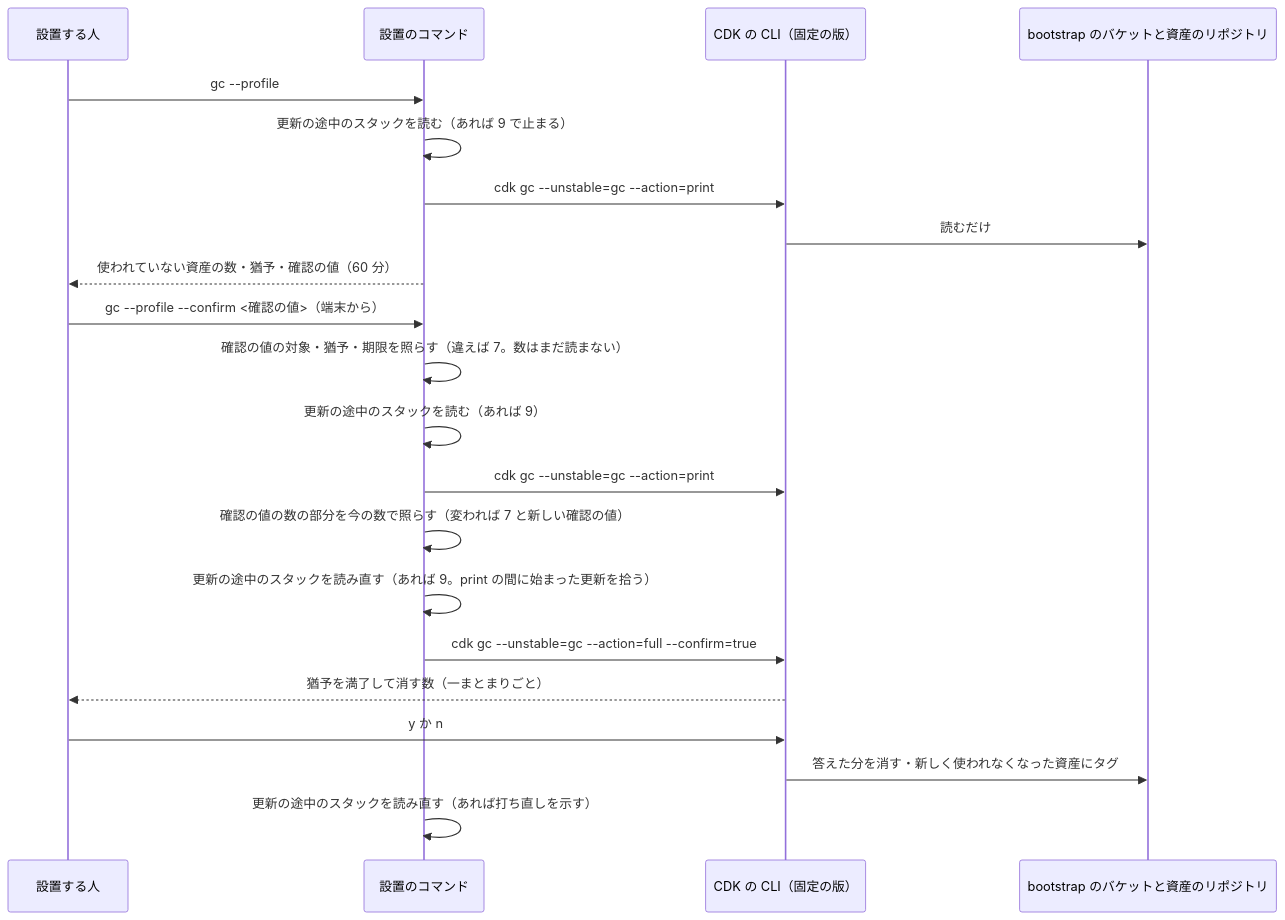
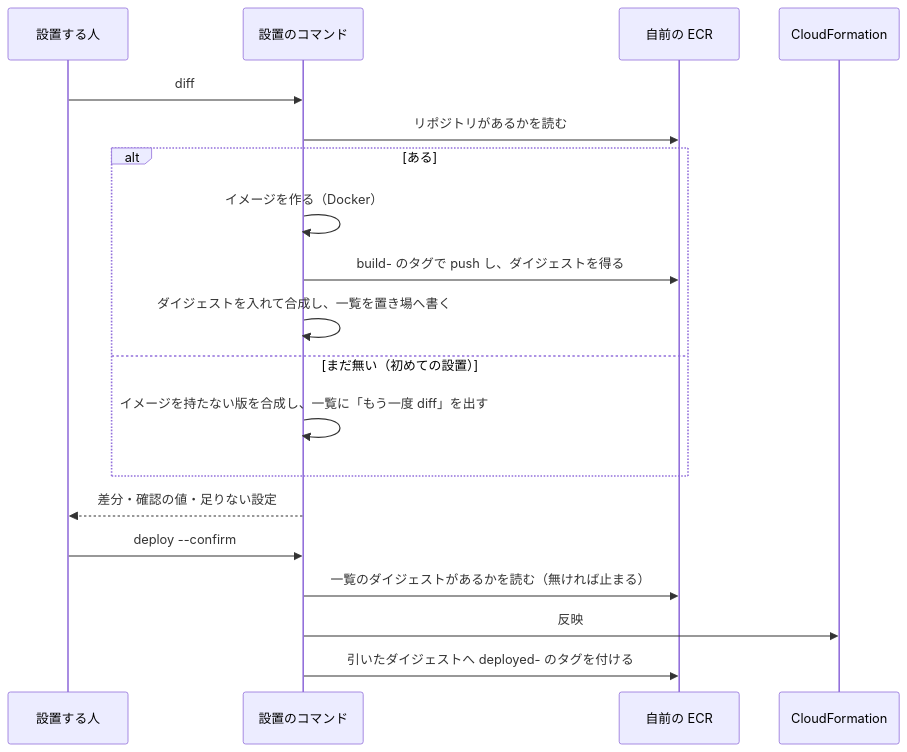
Before and after one commit to devbasex/nd-factory: the fourth of 4 diagrams in issues/issue-13-design.md, drawn with Mermaid. The commit also changed other lines of this file and 4 other files, not shown here.

First line of the commit message:
Docs: #13 の設計をイメージの置き場の案 C（自前の ECR へ push してダイジェストで引く）に作り直す（#13）

````diff
--- a/issues/issue-13-design.md
+++ b/issues/issue-13-design.md
@@ -208,23 +209,21 @@
 ```mermaid
 sequenceDiagram
     participant P as 設置する人
     participant S as 設置のコマンド
-    participant C as CDK の CLI（固定の版）
-    participant A as bootstrap のバケットと資産のリポジトリ
-    P->>S: gc --profile
-    S->>S: 更新の途中のスタックを読む（あれば 9 で止まる）
-    S->>C: cdk gc --unstable=gc --action=print
-    C->>A: 読むだけ
-    S-->>P: 使われていない資産の数・猶予・確認の値（60 分）
-    P->>S: gc --profile --confirm <確認の値>（端末から）
-    S->>S: 確認の値の対象・猶予・期限を照らす（違えば 7。数はまだ読まない）
-    S->>S: 更新の途中のスタックを読む（あれば 9）
-    S->>C: cdk gc --unstable=gc --action=print
-    S->>S: 確認の値の数の部分を今の数で照らす（変われば 7 と新しい確認の値）
-    S->>S: 更新の途中のスタックを読み直す（あれば 9。print の間に始まった更新を拾う）
-    S->>C: cdk gc --unstable=gc --action=full --confirm=true
-    C-->>P: 猶予を満了して消す数（一まとまりごと）
-    P->>C: y か n
-    C->>A: 答えた分を消す・新しく使われなくなった資産にタグ
-    S->>S: 更新の途中のスタックを読み直す（あれば打ち直しを示す）
+    participant R as 自前の ECR
+    participant C as CloudFormation
+    P->>S: diff
+    S->>R: リポジトリがあるかを読む
+    alt ある
+        S->>S: イメージを作る（Docker）
+        S->>R: build- のタグで push し、ダイジェストを得る
+        S->>S: ダイジェストを入れて合成し、一覧を置き場へ書く
+    else まだ無い（初めての設置）
+        S->>S: イメージを持たない版を合成し、一覧に「もう一度 diff」を出す
+    end
+    S-->>P: 差分・確認の値・足りない設定
+    P->>S: deploy --confirm
+    S->>R: 一覧のダイジェストがあるかを読む（無ければ止まる）
+    S->>C: 反映
+    S->>R: 引いたダイジェストへ deployed- のタグを付ける
 ```
````
